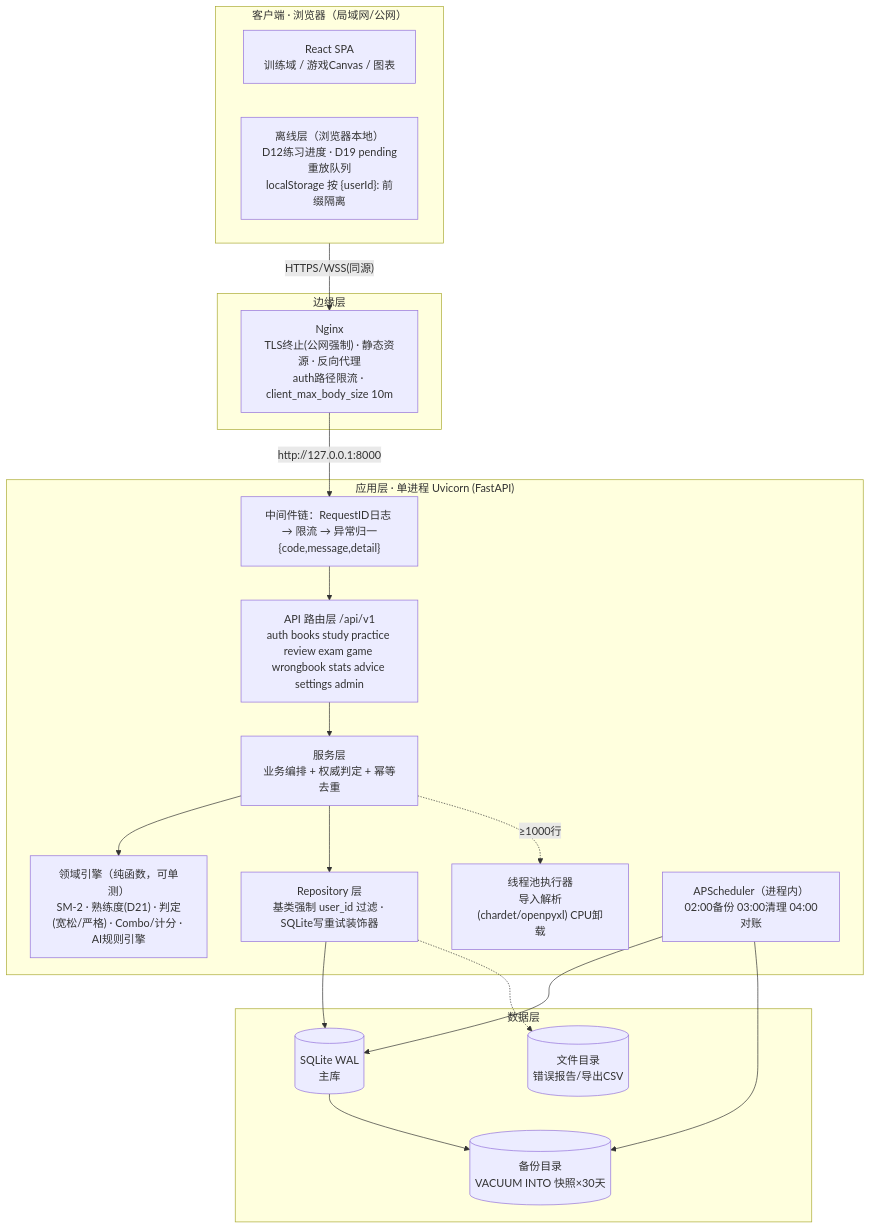
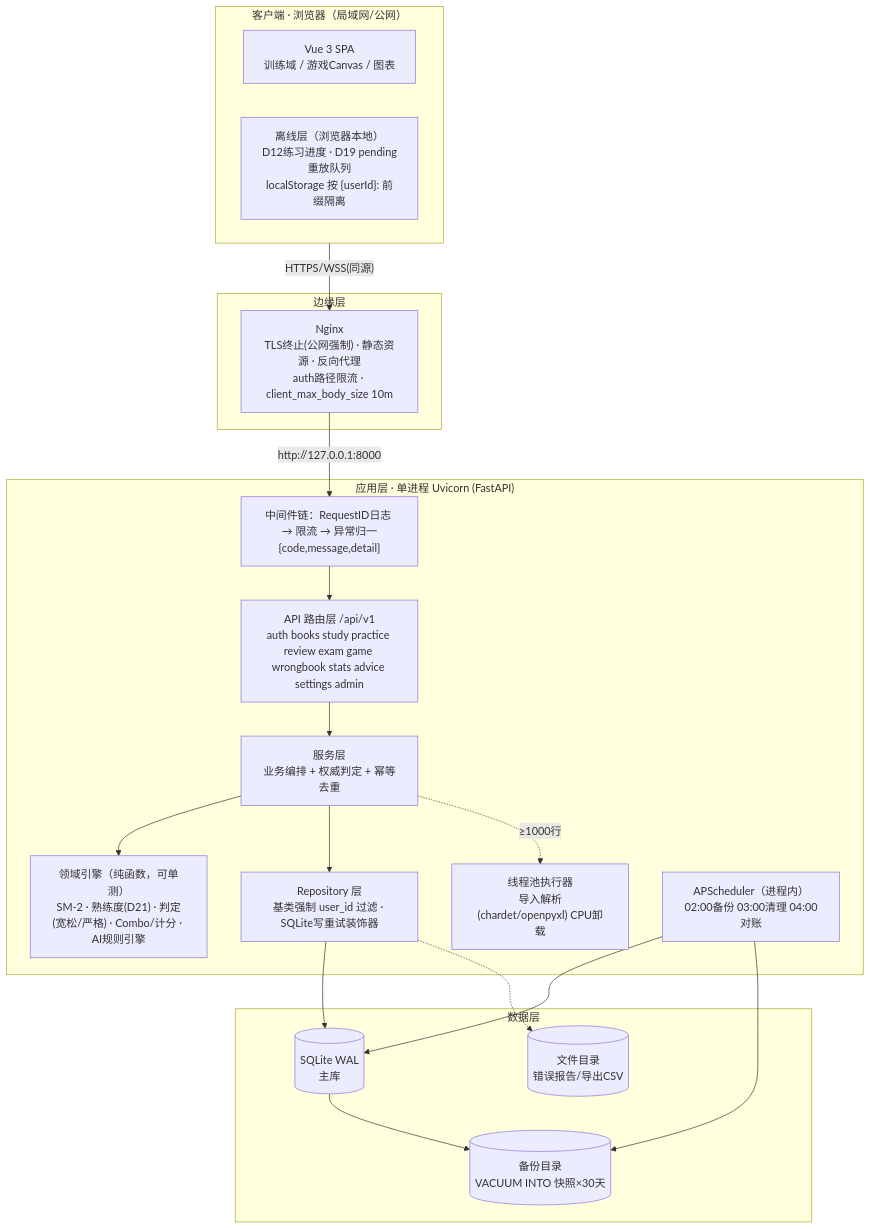
One commit to q0375/WordType changed the first of 6 diagrams in docs/系统架构设计文档.md. Above: the diagram before and after it, drawn with Mermaid. The commit also changed other lines of this file and 49 other files, not shown here.

````diff
--- a/docs/系统架构设计文档.md
+++ b/docs/系统架构设计文档.md
@@ -17,33 +17,33 @@
 ```mermaid
 flowchart TB
     subgraph CLIENT["客户端 · 浏览器（局域网/公网）"]
-        UI["React SPA<br/>训练域 / 游戏Canvas / 图表"]
+        UI["Vue 3 SPA<br/>训练域 / 游戏Canvas / 图表"]
         OFF["离线层（浏览器本地）<br/>D12练习进度 · D19 pending重放队列<br/>localStorage 按 {userId}: 前缀隔离"]
     end
     subgraph EDGE["边缘层"]
         NG["Nginx<br/>TLS终止(公网强制) · 静态资源 · 反向代理<br/>auth路径限流 · client_max_body_size 10m"]
     end
     subgraph APP["应用层 · 单进程 Uvicorn (FastAPI)"]
         MW["中间件链：RequestID日志 → 限流 → 异常归一{code,message,detail}"]
         API["API 路由层 /api/v1<br/>auth books study practice review exam game wrongbook stats advice settings admin"]
         SVC["服务层<br/>业务编排 + 权威判定 + 幂等去重"]
         DOM["领域引擎（纯函数，可单测）<br/>SM-2 · 熟练度(D21) · 判定(宽松/严格) · Combo/计分 · AI规则引擎"]
         REPO["Repository 层<br/>基类强制 user_id 过滤 · SQLite写重试装饰器"]
         EXE["线程池执行器<br/>导入解析(chardet/openpyxl) CPU卸载"]
         SCH["APScheduler（进程内）<br/>02:00备份 03:00清理 04:00对账"]
     end
     subgraph DATA["数据层"]
         DB[("SQLite WAL<br/>主库")]
         BK[("备份目录<br/>VACUUM INTO 快照×30天")]
         FS[("文件目录<br/>错误报告/导出CSV")]
     end
     CLIENT -->|"HTTPS/WSS(同源)"| NG
     NG -->|"http://127.0.0.1:8000"| MW --> API --> SVC
     SVC --> DOM
     SVC --> REPO --> DB
     SVC -.->|"≥1000行"| EXE
     SCH --> DB
     SCH --> BK
     DB --> BK
     REPO -.-> FS
 ```
````
